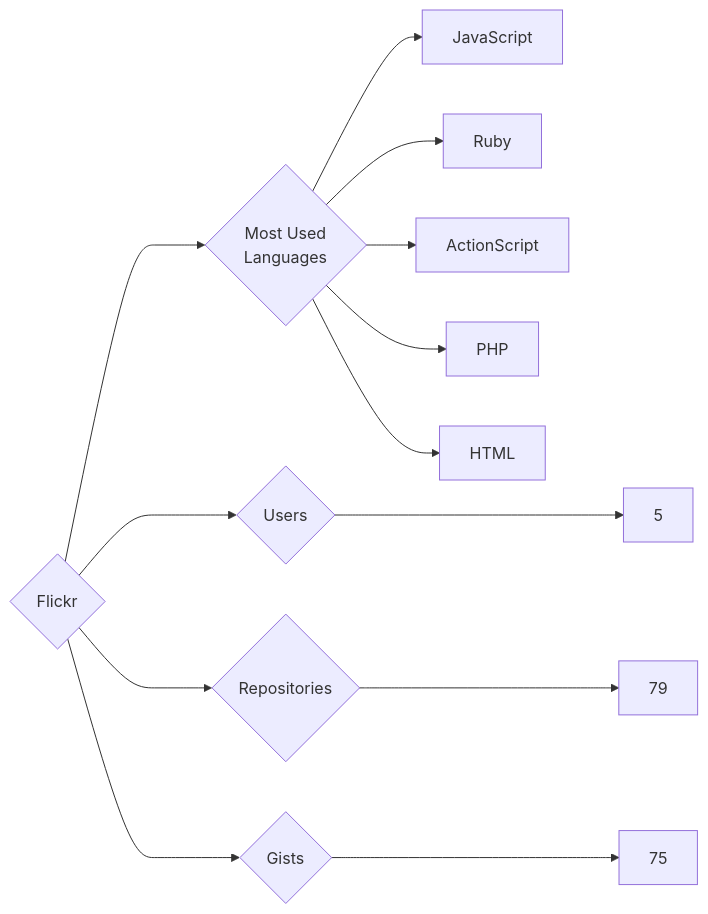
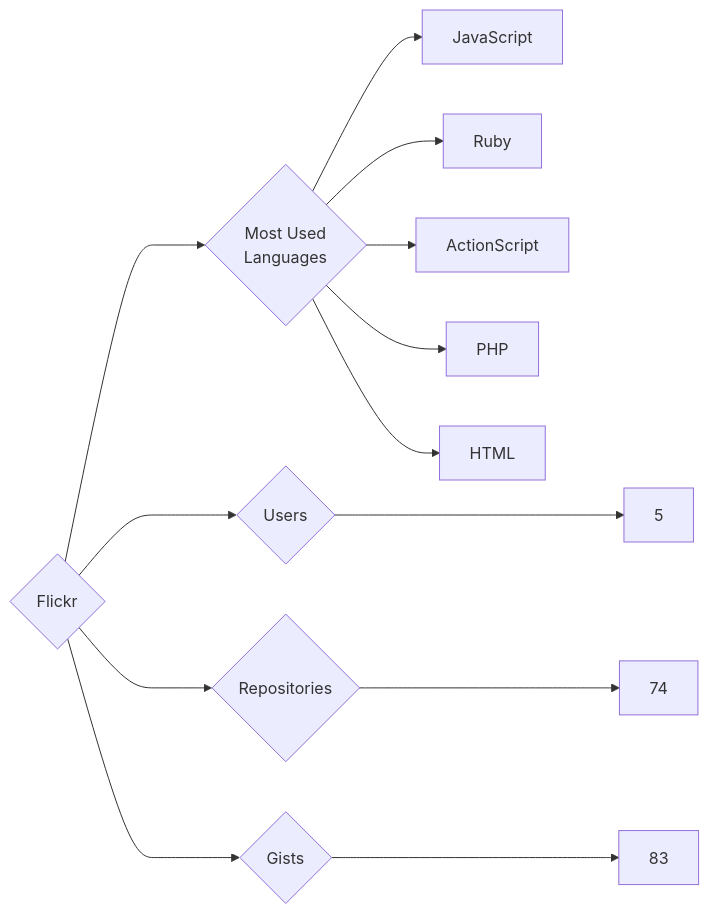
One commit to trickest/insiders changed the diagram in targets/Flickr/README.md. Above: the diagram before and after it, drawn with Mermaid. The commit also changed 714 other files, not shown here.

````diff
--- a/targets/Flickr/README.md
+++ b/targets/Flickr/README.md
@@ -3,13 +3,13 @@
 ```mermaid
 graph LR
 COMPANY_NAME{Flickr}
 COMPANY_NAME ---> U{Users} ---> UN[5]
-COMPANY_NAME ---> R{Repositories} ---> RN[79]
-COMPANY_NAME ---> G{Gists} ---> GN[75]
+COMPANY_NAME ---> R{Repositories} ---> RN[74]
+COMPANY_NAME ---> G{Gists} ---> GN[83]
 COMPANY_NAME ---> ML{Most Used<br>Languages}
 ML --> JavaScript[JavaScript]
 ML --> Ruby[Ruby]
 ML --> ActionScript[ActionScript]
 ML --> PHP[PHP]
 ML --> HTML[HTML]
 ```
````
